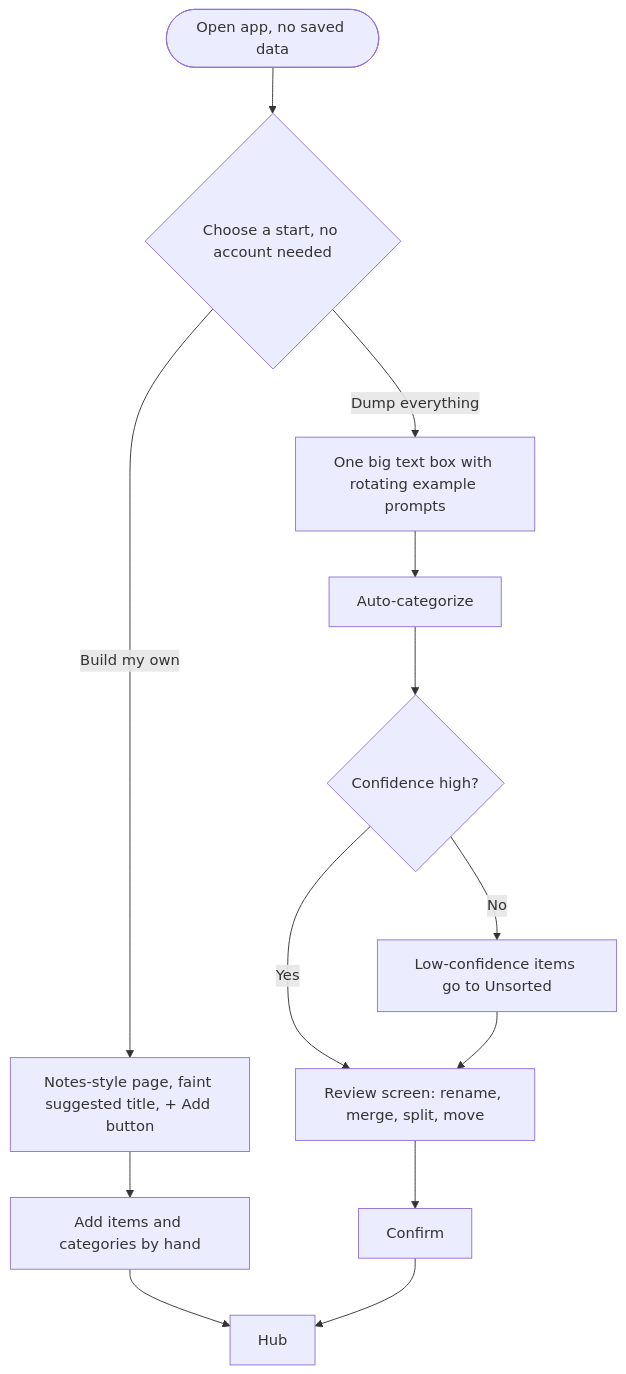
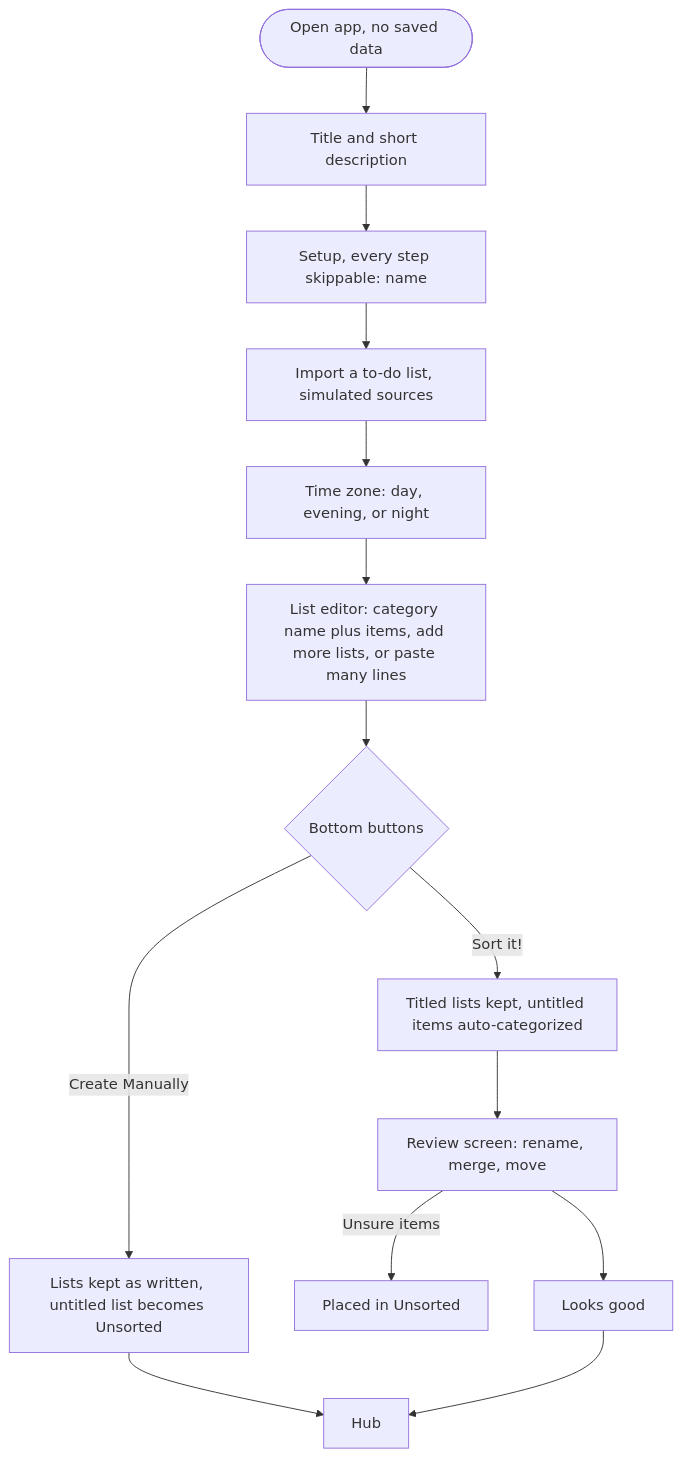
Before and after one commit to Cat-a-rina/dont-forget: the first of 3 diagrams in README.md, drawn with Mermaid. The commit also changed other lines of this file and 14 other files, not shown here.

````diff
--- a/README.md
+++ b/README.md
@@ -12,15 +12,16 @@
 ```mermaid
 flowchart TD
-    A([Open app, no saved data]) --> B{Choose a start, no account needed}
-    B -->|Build my own| C[Notes-style page, faint suggested title, + Add button]
-    B -->|Dump everything| D[One big text box with rotating example prompts]
-    C --> E[Add items and categories by hand]
-    D --> F[Auto-categorize]
-    F --> G{Confidence high?}
-    G -->|Yes| H[Review screen: rename, merge, split, move]
-    G -->|No| I[Low-confidence items go to Unsorted]
-    I --> H
-    H --> J[Confirm]
-    E --> K[Hub]
-    J --> K
+    A([Open app, no saved data]) --> B[Title and short description]
+    B --> C[Setup, every step skippable: name]
+    C --> D[Import a to-do list, simulated sources]
+    D --> E[Time zone: day, evening, or night]
+    E --> F[List editor: category name plus items, add more lists, or paste many lines]
+    F --> G{Bottom buttons}
+    G -->|Create Manually| H[Lists kept as written, untitled list becomes Unsorted]
+    G -->|Sort it!| I[Titled lists kept, untitled items auto-categorized]
+    I --> J[Review screen: rename, merge, move]
+    J -->|Unsure items| K[Placed in Unsorted]
+    J --> L[Looks good]
+    H --> M[Hub]
+    L --> M
 ```
````
